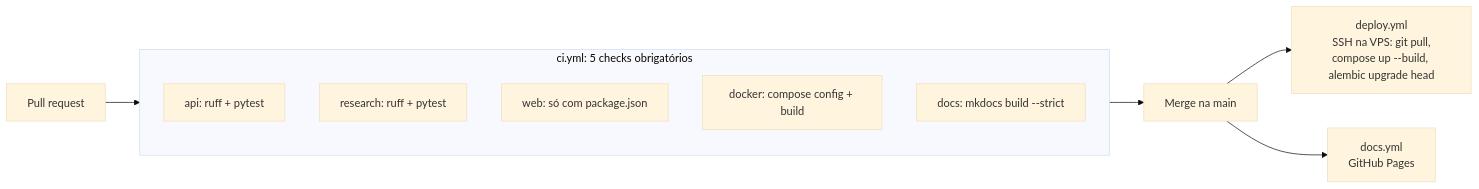
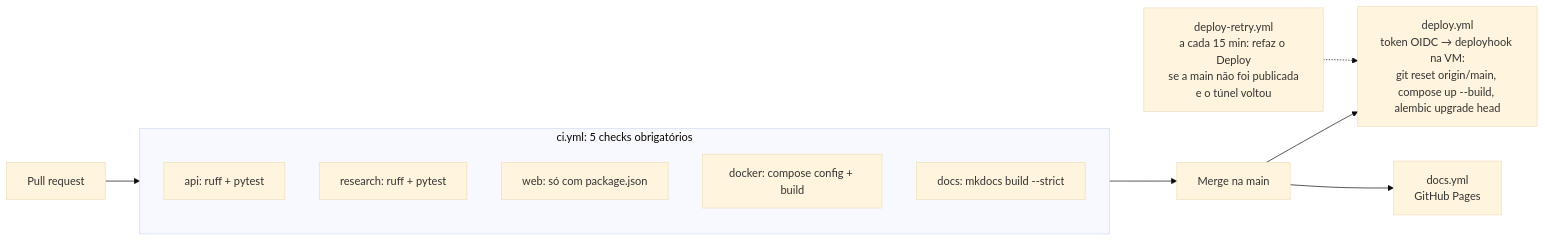
Before and after one commit to moonshinerd/ContrarIA: the third of 3 diagrams in docs/arquitetura/dados-e-infra.md, drawn with Mermaid (base theme). The commit also changed 6 other files, not shown here.

````diff
--- a/docs/arquitetura/dados-e-infra.md
+++ b/docs/arquitetura/dados-e-infra.md
@@ -249,14 +249,15 @@
 ```mermaid
 flowchart LR
     PR[Pull request] --> CI
     subgraph CI["ci.yml: 5 checks obrigatórios"]
         C1[api: ruff + pytest]
         C2[research: ruff + pytest]
         C3[web: só com package.json]
         C4[docker: compose config + build]
         C5[docs: mkdocs build --strict]
     end
     CI --> M[Merge na main]
-    M --> D[deploy.yml<br/>SSH na VPS: git pull,<br/>compose up --build, alembic upgrade head]
+    M --> D[deploy.yml<br/>token OIDC → deployhook na VM:<br/>git reset origin/main, compose up --build, alembic upgrade head]
+    R[deploy-retry.yml<br/>a cada 15 min: refaz o Deploy<br/>se a main não foi publicada<br/>e o túnel voltou] -.-> D
     M --> P[docs.yml<br/>GitHub Pages]
 ```
````
